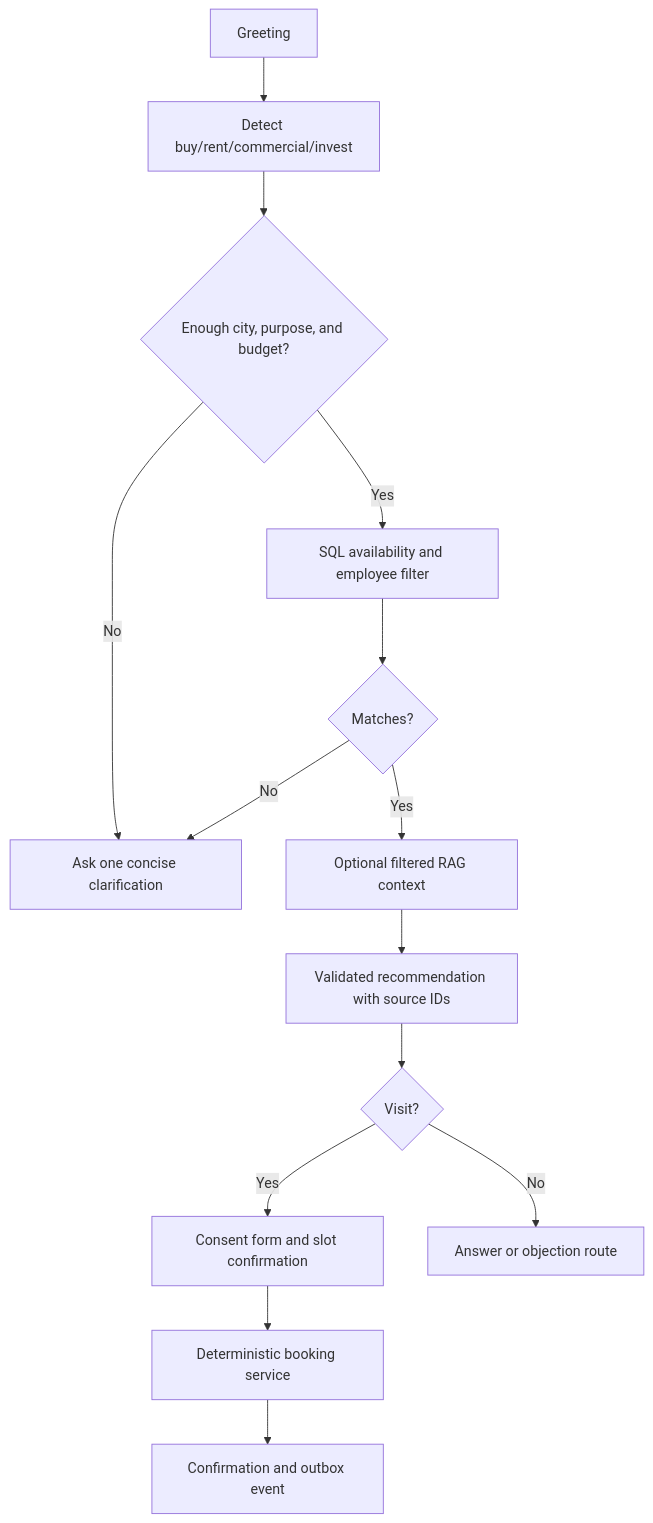
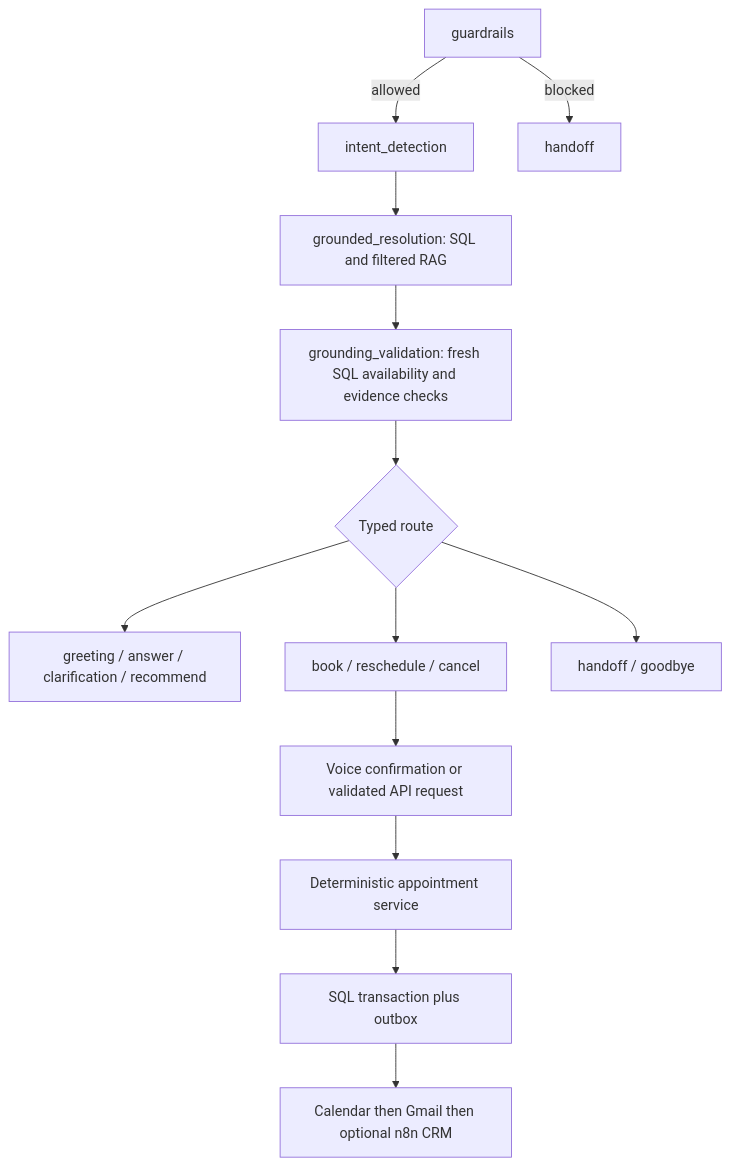
Before and after one commit to armishiqbal/AI-voice-agent: the second of 2 diagrams in docs/ARCHITECTURE.md, drawn with Mermaid. The commit also changed other lines of this file and 136 other files, not shown here.

````diff
--- a/docs/ARCHITECTURE.md
+++ b/docs/ARCHITECTURE.md
@@ -35,16 +52,15 @@
 ```mermaid
 flowchart TD
-  A[Greeting] --> B[Detect buy/rent/commercial/invest]
-  B --> C{Enough city, purpose, and budget?}
-  C -- No --> D[Ask one concise clarification]
-  C -- Yes --> E[SQL availability and employee filter]
-  E --> F{Matches?}
-  F -- No --> D
-  F -- Yes --> G[Optional filtered RAG context]
-  G --> H[Validated recommendation with source IDs]
-  H --> I{Visit?}
-  I -- Yes --> J[Consent form and slot confirmation]
-  I -- No --> K[Answer or objection route]
-  J --> L[Deterministic booking service]
-  L --> M[Confirmation and outbox event]
+  A[guardrails] -->|allowed| B[intent_detection]
+  A -->|blocked| H[handoff]
+  B --> C[grounded_resolution: SQL and filtered RAG]
+  C --> Q[grounding_validation: fresh SQL availability and evidence checks]
+  Q --> D{Typed route}
+  D --> E[greeting / answer / clarification / recommend]
+  D --> F[book / reschedule / cancel]
+  D --> G[handoff / goodbye]
+  F --> S[Voice confirmation or validated API request]
+  S --> V[Deterministic appointment service]
+  V --> O[SQL transaction plus outbox]
+  O --> W[Calendar then Gmail then optional n8n CRM]
 ```
````
